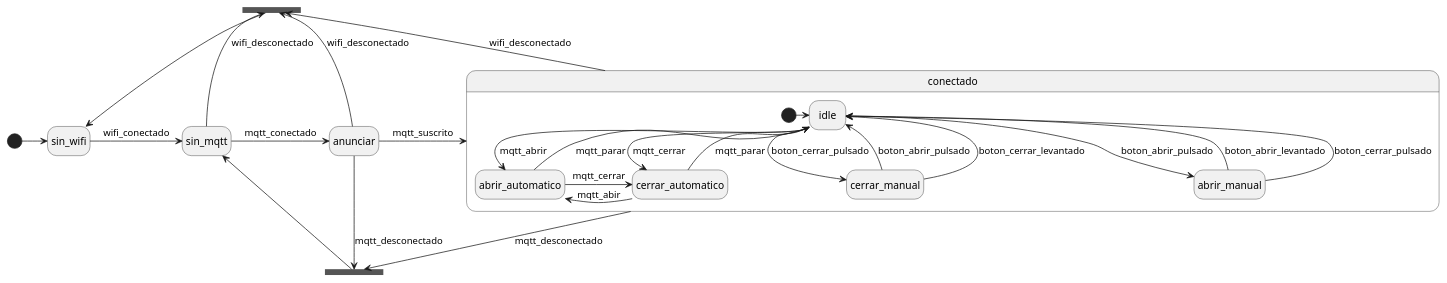
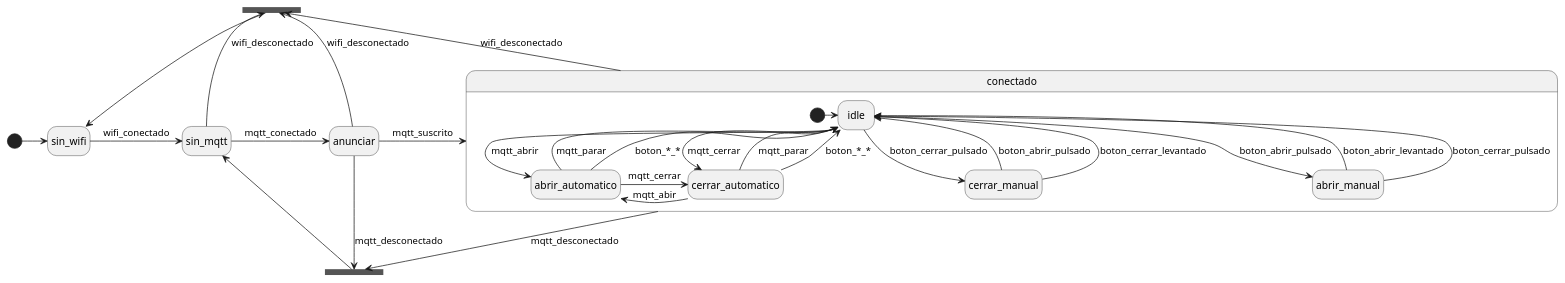
One commit to aitorforero/sofa changed the first of 2 diagrams in doc/States.plantuml. Above: the diagram before and after it, drawn with PlantUML. The commit also changed 20 other files, not shown here.

```diff
--- a/doc/States.plantuml
+++ b/doc/States.plantuml
@@ -1,40 +1,42 @@
 @startuml ertewrt
 hide empty description
 state fork_sin_wifi <<join>>
 state fork_sin_mqtt <<join>>
 state sin_wifi
 state sin_mqtt
 state anunciar
 state conectado {
     state idle
     state cerrar_automatico
     state cerrar_manual
     state abrir_automatico
     state abrir_manual
     [*] -right-> idle
     idle --> abrir_automatico : mqtt_abrir
     idle --> cerrar_automatico : mqtt_cerrar
     idle --> abrir_manual : boton_abrir_pulsado
     idle --> cerrar_manual : boton_cerrar_pulsado
     abrir_manual -up-> idle : boton_abrir_levantado
     abrir_manual -up-> idle : boton_cerrar_pulsado
     cerrar_manual -up-> idle : boton_abrir_pulsado
     cerrar_manual -up-> idle : boton_cerrar_levantado
     abrir_automatico -up-> idle : mqtt_parar
+    abrir_automatico -up-> idle : boton_*_*
     abrir_automatico -right-> cerrar_automatico : mqtt_cerrar
     cerrar_automatico -up-> idle : mqtt_parar
+    cerrar_automatico -up-> idle : boton_*_*
     cerrar_automatico -left-> abrir_automatico : mqtt_abir
 }
 [*] -right-> sin_wifi
 fork_sin_wifi -down-> sin_wifi
 fork_sin_mqtt -up-> sin_mqtt
 sin_wifi -right-> sin_mqtt : wifi_conectado
 sin_mqtt -up-> fork_sin_wifi : wifi_desconectado
 sin_mqtt -right-> anunciar : mqtt_conectado
 anunciar -down-> fork_sin_mqtt : mqtt_desconectado
 anunciar -up-> fork_sin_wifi : wifi_desconectado
 anunciar -right-> conectado  : mqtt_suscrito
 conectado -down-> fork_sin_mqtt : mqtt_desconectado
 conectado -up-> fork_sin_wifi : wifi_desconectado
 
 @enduml
```
